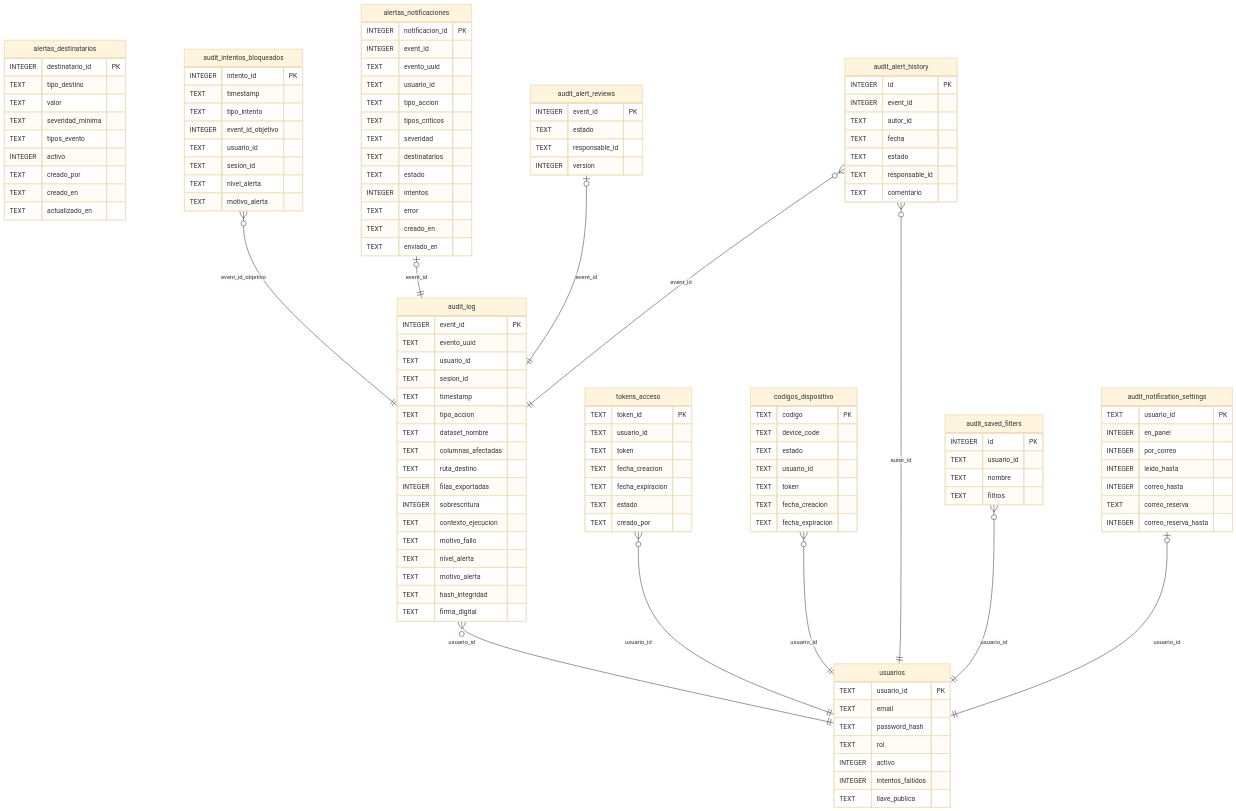
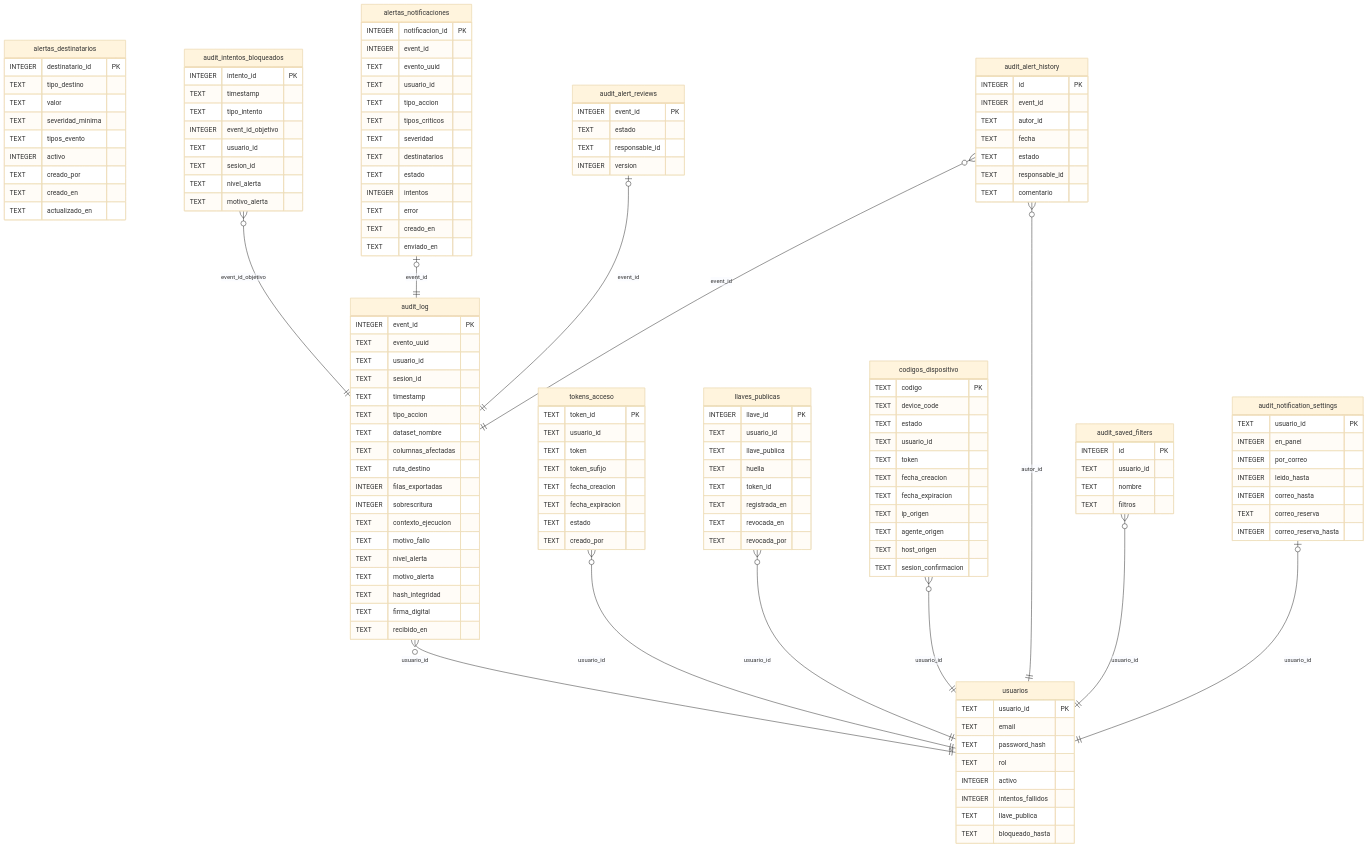
The first of 2 diagrams in entregables/02_modelo_datos_auditoria.md (Alexis1661/audit-tracer-deploy), drawn with Mermaid (base theme) before and after one commit. The commit also changed other lines of this file and 104 other files, not shown here.

```diff
--- a/entregables/02_modelo_datos_auditoria.md
+++ b/entregables/02_modelo_datos_auditoria.md
@@ -115,6 +116,7 @@
         TEXT motivo_alerta
         TEXT hash_integridad
         TEXT firma_digital
+        TEXT recibido_en
     }
     audit_notification_settings {
         TEXT usuario_id PK
@@ -139,11 +141,26 @@
         TEXT token
         TEXT fecha_creacion
         TEXT fecha_expiracion
+        TEXT ip_origen
+        TEXT agente_origen
+        TEXT host_origen
+        TEXT sesion_confirmacion
+    }
+    llaves_publicas {
+        INTEGER llave_id PK
+        TEXT usuario_id
+        TEXT llave_publica
+        TEXT huella
+        TEXT token_id
+        TEXT registrada_en
+        TEXT revocada_en
+        TEXT revocada_por
     }
     tokens_acceso {
         TEXT token_id PK
         TEXT usuario_id
         TEXT token
+        TEXT token_sufijo
         TEXT fecha_creacion
         TEXT fecha_expiracion
         TEXT estado
@@ -157,9 +174,11 @@
         INTEGER activo
         INTEGER intentos_fallidos
         TEXT llave_publica
+        TEXT bloqueado_hasta
     }
     audit_log }o--|| usuarios : "usuario_id"
     tokens_acceso }o--|| usuarios : "usuario_id"
+    llaves_publicas }o--|| usuarios : "usuario_id"
     audit_intentos_bloqueados }o--|| audit_log : "event_id_objetivo"
     codigos_dispositivo }o--|| usuarios : "usuario_id"
     alertas_notificaciones |o--|| audit_log : "event_id"
```
